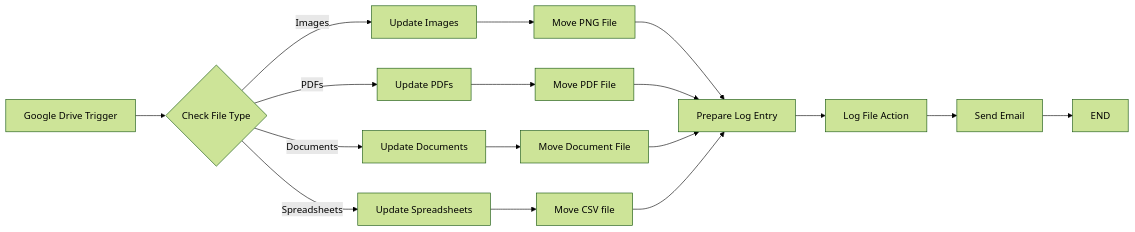
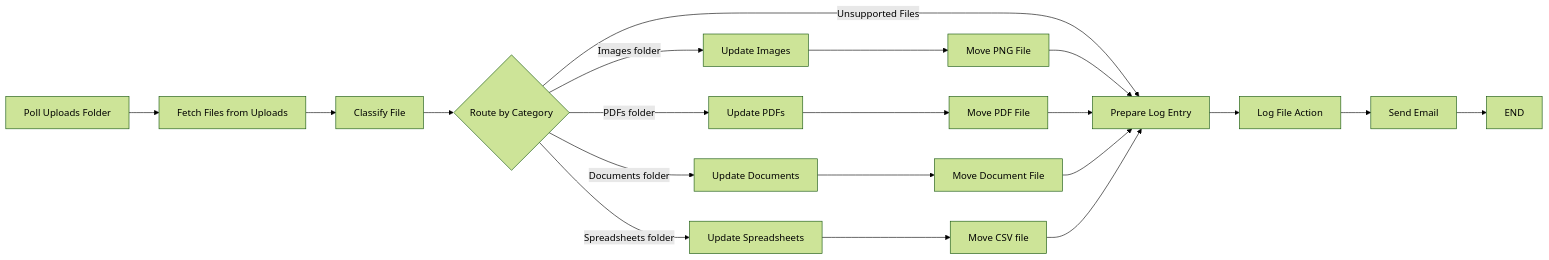
The diagram in drive-file-organizer/README.md (Shaban27-dev/n8n-workflows), drawn with Mermaid (forest theme) before and after one commit. The commit also changed other lines of this file, not shown here.

Commit message:
docs: refine Drive File Organizer documentation

````diff
--- a/drive-file-organizer/README.md
+++ b/drive-file-organizer/README.md
@@ -64,18 +76,21 @@
 ```mermaid
 flowchart LR
-    A[Google Drive Trigger] --> B{"Check File Type"}
-    
-    B -- "Images" --> C1[Update Images] --> D1[Move PNG File]
-    B -- "PDFs" --> C2[Update PDFs] --> D2[Move PDF File]
-    B -- "Documents" --> C3[Update Documents] --> D3[Move Document File]
-    B -- "Spreadsheets" --> C4[Update Spreadsheets] --> D4[Move CSV file]
-    
-    D1 --> E[Prepare Log Entry]
-    D2 --> E
-    D3 --> E
-    D4 --> E
-    
-    E --> F[Log File Action]
-    F --> G[Send Email]
-    G --> H[END]
+    A[Poll Uploads Folder] --> B[Fetch Files from Uploads]
+    B --> C[Classify File]
+    C --> D{Route by Category}
+
+    D -- Images folder --> E1[Update Images] --> F1[Move PNG File]
+    D -- PDFs folder --> E2[Update PDFs] --> F2[Move PDF File]
+    D -- Documents folder --> E3[Update Documents] --> F3[Move Document File]
+    D -- Spreadsheets folder --> E4[Update Spreadsheets] --> F4[Move CSV file]
+    D -- Unsupported Files --> G[Prepare Log Entry]
+
+    F1 --> G
+    F2 --> G
+    F3 --> G
+    F4 --> G
+
+    G --> H[Log File Action]
+    H --> I[Send Email]
+    I --> J[END]
 ```
````
